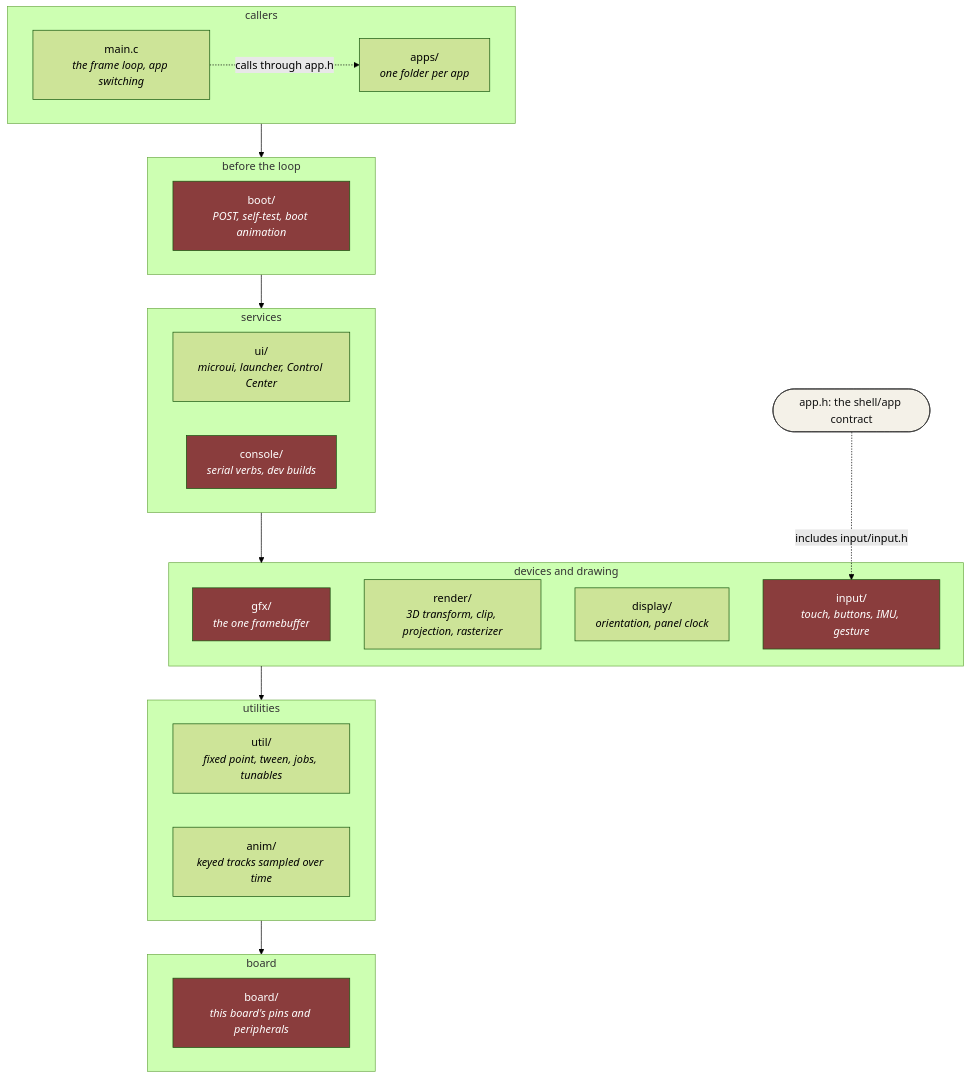
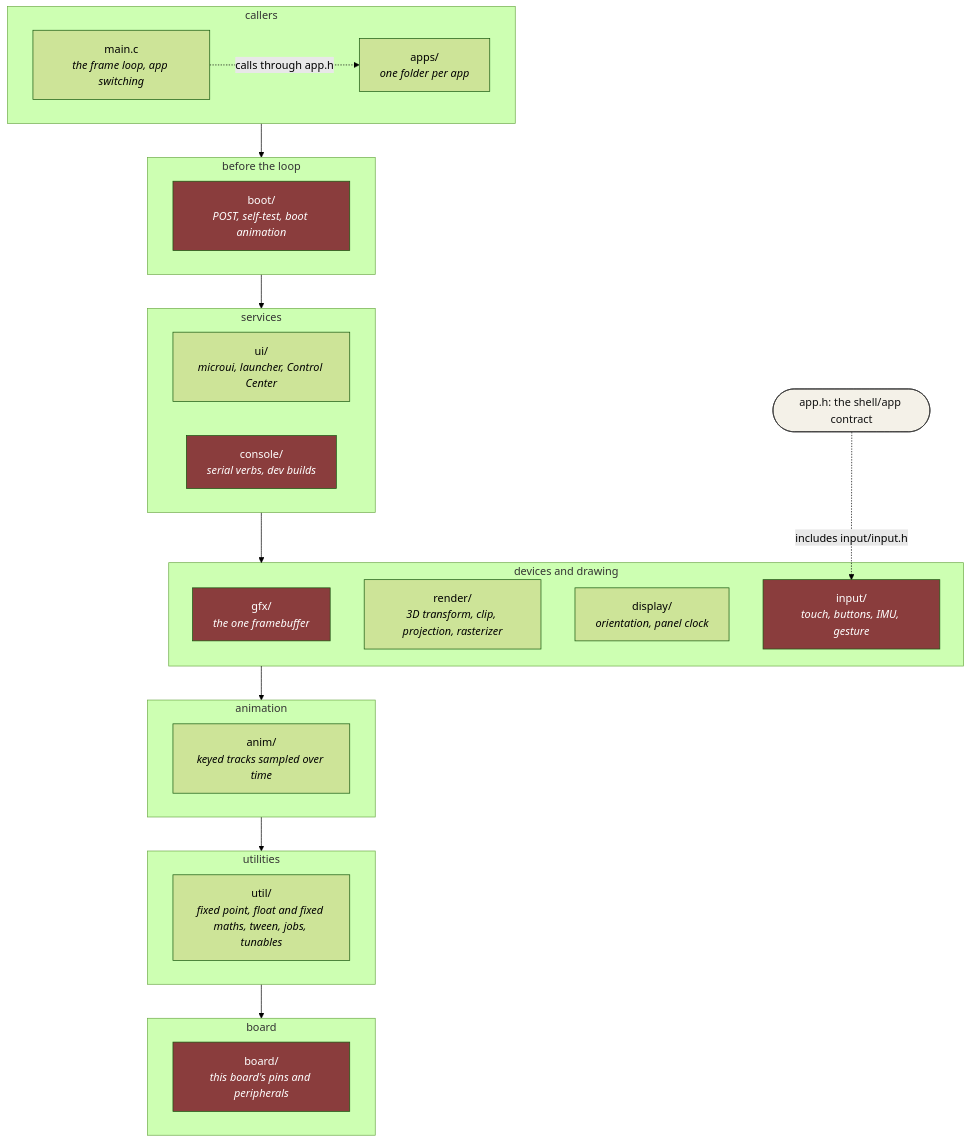
The first of 4 diagrams in docs/Firmware-Architecture.md (jose-villegas/autana), drawn with Mermaid (forest theme) before and after one commit. The commit also changed 85 other files, not shown here.

Commit message:
util: the math library as one template per family over number types (float, int32, int16, Q16.16), the transform cache and review fixes; the projection avoids libm clamps

````diff
--- a/docs/Firmware-Architecture.md
+++ b/docs/Firmware-Architecture.md
@@ -46,35 +46,37 @@
 ```mermaid
 flowchart TB
     classDef hw fill:#8a3d3d,color:#fff
     classDef contract fill:#f4f1e8,stroke:#333,stroke-width:1px,color:#111
 
     subgraph R1["callers"]
         Apps["apps/<br/><i>one folder per app</i>"]
         Main["main.c<br/><i>the frame loop, app switching</i>"]
     end
     subgraph R3["before the loop"]
         Boot["boot/<br/><i>POST, self-test, boot animation</i>"]:::hw
     end
     subgraph R4["services"]
         Ui["ui/<br/><i>microui, launcher, Control Center</i>"]
         Console["console/<br/><i>serial verbs, dev builds</i>"]:::hw
     end
     subgraph R5["devices and drawing"]
         Gfx["gfx/<br/><i>the one framebuffer</i>"]:::hw
         Render["render/<br/><i>3D transform, clip, projection, rasterizer</i>"]
         Display["display/<br/><i>orientation, panel clock</i>"]
         Input["input/<br/><i>touch, buttons, IMU, gesture</i>"]:::hw
     end
-    subgraph R6["utilities"]
-        Util["util/<br/><i>fixed point, tween, jobs, tunables</i>"]
+    subgraph R6["animation"]
         Anim["anim/<br/><i>keyed tracks sampled over time</i>"]
     end
-    subgraph R7["board"]
+    subgraph R7["utilities"]
+        Util["util/<br/><i>fixed point, float and fixed maths, tween, jobs, tunables</i>"]
+    end
+    subgraph R8["board"]
         Board["board/<br/><i>this board's pins and peripherals</i>"]:::hw
     end
 
-    R1 --> R3 --> R4 --> R5 --> R6 --> R7
+    R1 --> R3 --> R4 --> R5 --> R6 --> R7 --> R8
     Contract(["app.h: the shell/app contract"]):::contract
     Main -.->|"calls through app.h"| Apps
     Contract -.->|"includes input/input.h"| Input
 ```
````
